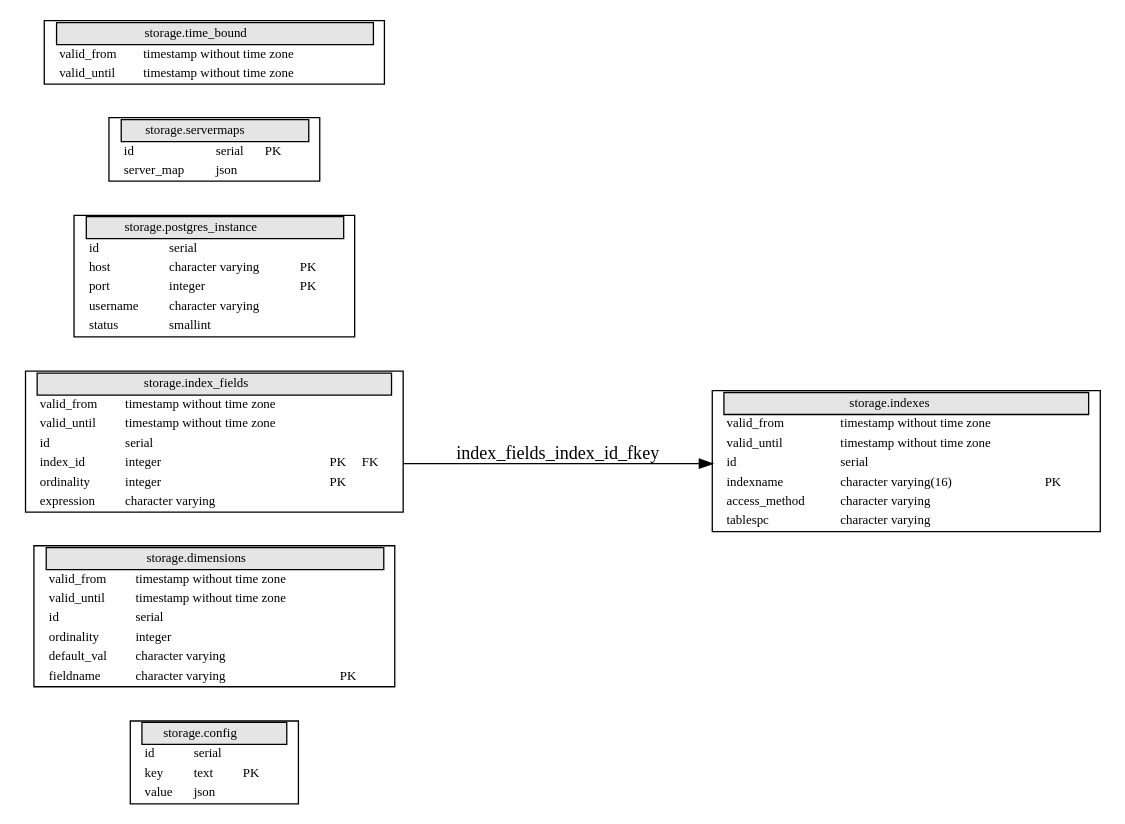
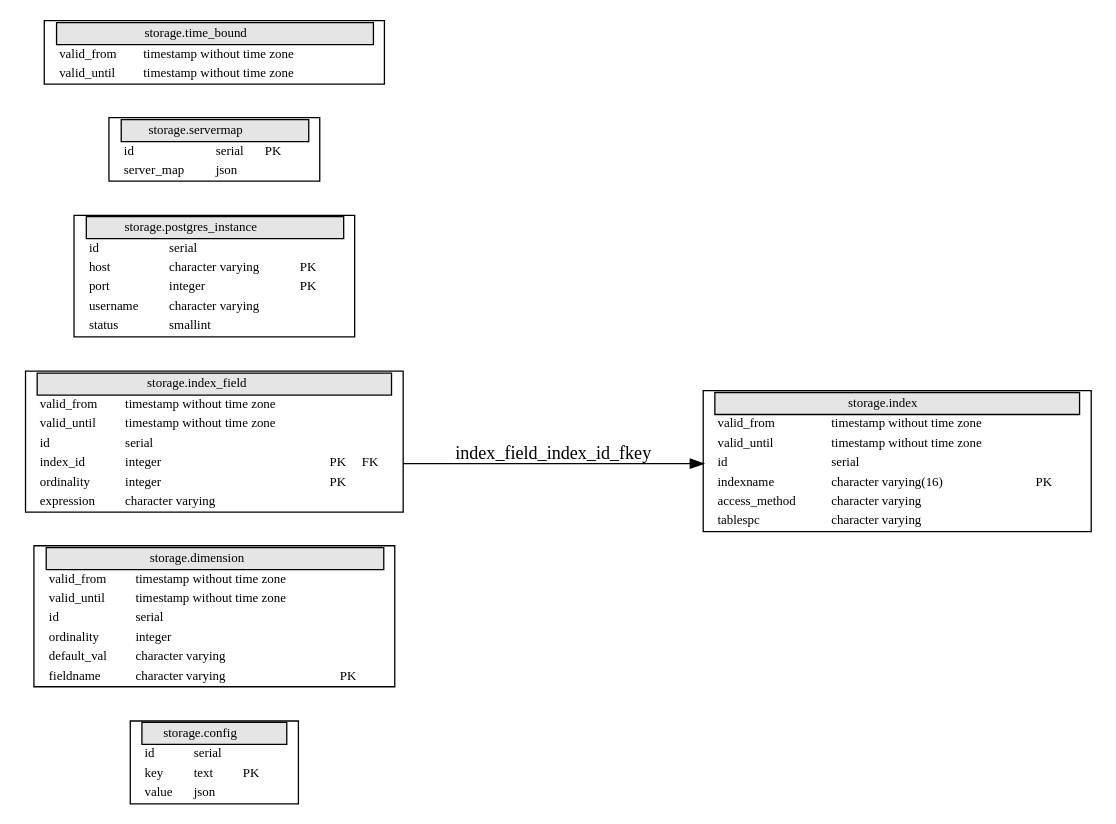
Before and after one commit to onemoredata/bagger: the diagram in docs/database/lenkwerk.dot, drawn with Graphviz. The commit also changed 6 other files, not shown here.

```diff
--- a/docs/database/lenkwerk.dot
+++ b/docs/database/lenkwerk.dot
@@ -1,31 +1,31 @@
 digraph g {
 graph [
 rankdir = "LR",
 concentrate = true,
 ratio = auto
 ];
 node [
 fontsize = "10",
 shape = record
 ];
 edge [
 ];
 
 "storage.config" [shape = plaintext, label = < <TABLE BORDER="1" CELLBORDER="0" CELLSPACING="0"> <TR ><TD PORT="ltcol0"> </TD> <TD bgcolor="grey90" border="1" COLSPAN="4"> \N </TD> <TD PORT="rtcol0"></TD></TR>  <TR><TD PORT="ltcol1" ></TD><TD align="left" > id </TD><TD align="left" > serial </TD><TD align="left" >  </TD><TD align="left" >  </TD><TD align="left" PORT="rtcol1"> </TD></TR> <TR><TD PORT="ltcol2" ></TD><TD align="left" > key </TD><TD align="left" > text </TD><TD align="left" > PK </TD><TD align="left" >  </TD><TD align="left" PORT="rtcol2"> </TD></TR> <TR><TD PORT="ltcol3" ></TD><TD align="left" > value </TD><TD align="left" > json </TD><TD align="left" >  </TD><TD align="left" >  </TD><TD align="left" PORT="rtcol3"> </TD></TR> </TABLE>> ];
 
-"storage.dimensions" [shape = plaintext, label = < <TABLE BORDER="1" CELLBORDER="0" CELLSPACING="0"> <TR ><TD PORT="ltcol0"> </TD> <TD bgcolor="grey90" border="1" COLSPAN="4"> \N </TD> <TD PORT="rtcol0"></TD></TR>  <TR><TD PORT="ltcol1" ></TD><TD align="left" > valid_from </TD><TD align="left" > timestamp without time zone </TD><TD align="left" >  </TD><TD align="left" >  </TD><TD align="left" PORT="rtcol1"> </TD></TR> <TR><TD PORT="ltcol2" ></TD><TD align="left" > valid_until </TD><TD align="left" > timestamp without time zone </TD><TD align="left" >  </TD><TD align="left" >  </TD><TD align="left" PORT="rtcol2"> </TD></TR> <TR><TD PORT="ltcol3" ></TD><TD align="left" > id </TD><TD align="left" > serial </TD><TD align="left" >  </TD><TD align="left" >  </TD><TD align="left" PORT="rtcol3"> </TD></TR> <TR><TD PORT="ltcol4" ></TD><TD align="left" > ordinality </TD><TD align="left" > integer </TD><TD align="left" >  </TD><TD align="left" >  </TD><TD align="left" PORT="rtcol4"> </TD></TR> <TR><TD PORT="ltcol5" ></TD><TD align="left" > default_val </TD><TD align="left" > character varying </TD><TD align="left" >  </TD><TD align="left" >  </TD><TD align="left" PORT="rtcol5"> </TD></TR> <TR><TD PORT="ltcol6" ></TD><TD align="left" > fieldname </TD><TD align="left" > character varying </TD><TD align="left" > PK </TD><TD align="left" >  </TD><TD align="left" PORT="rtcol6"> </TD></TR> </TABLE>> ];
+"storage.dimension" [shape = plaintext, label = < <TABLE BORDER="1" CELLBORDER="0" CELLSPACING="0"> <TR ><TD PORT="ltcol0"> </TD> <TD bgcolor="grey90" border="1" COLSPAN="4"> \N </TD> <TD PORT="rtcol0"></TD></TR>  <TR><TD PORT="ltcol1" ></TD><TD align="left" > valid_from </TD><TD align="left" > timestamp without time zone </TD><TD align="left" >  </TD><TD align="left" >  </TD><TD align="left" PORT="rtcol1"> </TD></TR> <TR><TD PORT="ltcol2" ></TD><TD align="left" > valid_until </TD><TD align="left" > timestamp without time zone </TD><TD align="left" >  </TD><TD align="left" >  </TD><TD align="left" PORT="rtcol2"> </TD></TR> <TR><TD PORT="ltcol3" ></TD><TD align="left" > id </TD><TD align="left" > serial </TD><TD align="left" >  </TD><TD align="left" >  </TD><TD align="left" PORT="rtcol3"> </TD></TR> <TR><TD PORT="ltcol4" ></TD><TD align="left" > ordinality </TD><TD align="left" > integer </TD><TD align="left" >  </TD><TD align="left" >  </TD><TD align="left" PORT="rtcol4"> </TD></TR> <TR><TD PORT="ltcol5" ></TD><TD align="left" > default_val </TD><TD align="left" > character varying </TD><TD align="left" >  </TD><TD align="left" >  </TD><TD align="left" PORT="rtcol5"> </TD></TR> <TR><TD PORT="ltcol6" ></TD><TD align="left" > fieldname </TD><TD align="left" > character varying </TD><TD align="left" > PK </TD><TD align="left" >  </TD><TD align="left" PORT="rtcol6"> </TD></TR> </TABLE>> ];
 
-"storage.index_fields" [shape = plaintext, label = < <TABLE BORDER="1" CELLBORDER="0" CELLSPACING="0"> <TR ><TD PORT="ltcol0"> </TD> <TD bgcolor="grey90" border="1" COLSPAN="4"> \N </TD> <TD PORT="rtcol0"></TD></TR>  <TR><TD PORT="ltcol1" ></TD><TD align="left" > valid_from </TD><TD align="left" > timestamp without time zone </TD><TD align="left" >  </TD><TD align="left" >  </TD><TD align="left" PORT="rtcol1"> </TD></TR> <TR><TD PORT="ltcol2" ></TD><TD align="left" > valid_until </TD><TD align="left" > timestamp without time zone </TD><TD align="left" >  </TD><TD align="left" >  </TD><TD align="left" PORT="rtcol2"> </TD></TR> <TR><TD PORT="ltcol3" ></TD><TD align="left" > id </TD><TD align="left" > serial </TD><TD align="left" >  </TD><TD align="left" >  </TD><TD align="left" PORT="rtcol3"> </TD></TR> <TR><TD PORT="ltcol4" ></TD><TD align="left" > index_id </TD><TD align="left" > integer </TD><TD align="left" > PK </TD><TD align="left" > FK </TD><TD align="left" PORT="rtcol4"> </TD></TR> <TR><TD PORT="ltcol5" ></TD><TD align="left" > ordinality </TD><TD align="left" > integer </TD><TD align="left" > PK </TD><TD align="left" >  </TD><TD align="left" PORT="rtcol5"> </TD></TR> <TR><TD PORT="ltcol6" ></TD><TD align="left" > expression </TD><TD align="left" > character varying </TD><TD align="left" >  </TD><TD align="left" >  </TD><TD align="left" PORT="rtcol6"> </TD></TR> </TABLE>> ];
+"storage.index" [shape = plaintext, label = < <TABLE BORDER="1" CELLBORDER="0" CELLSPACING="0"> <TR ><TD PORT="ltcol0"> </TD> <TD bgcolor="grey90" border="1" COLSPAN="4"> \N </TD> <TD PORT="rtcol0"></TD></TR>  <TR><TD PORT="ltcol1" ></TD><TD align="left" > valid_from </TD><TD align="left" > timestamp without time zone </TD><TD align="left" >  </TD><TD align="left" >  </TD><TD align="left" PORT="rtcol1"> </TD></TR> <TR><TD PORT="ltcol2" ></TD><TD align="left" > valid_until </TD><TD align="left" > timestamp without time zone </TD><TD align="left" >  </TD><TD align="left" >  </TD><TD align="left" PORT="rtcol2"> </TD></TR> <TR><TD PORT="ltcol3" ></TD><TD align="left" > id </TD><TD align="left" > serial </TD><TD align="left" >  </TD><TD align="left" >  </TD><TD align="left" PORT="rtcol3"> </TD></TR> <TR><TD PORT="ltcol4" ></TD><TD align="left" > indexname </TD><TD align="left" > character varying(16) </TD><TD align="left" > PK </TD><TD align="left" >  </TD><TD align="left" PORT="rtcol4"> </TD></TR> <TR><TD PORT="ltcol5" ></TD><TD align="left" > access_method </TD><TD align="left" > character varying </TD><TD align="left" >  </TD><TD align="left" >  </TD><TD align="left" PORT="rtcol5"> </TD></TR> <TR><TD PORT="ltcol6" ></TD><TD align="left" > tablespc </TD><TD align="left" > character varying </TD><TD align="left" >  </TD><TD align="left" >  </TD><TD align="left" PORT="rtcol6"> </TD></TR> </TABLE>> ];
 
-"storage.indexes" [shape = plaintext, label = < <TABLE BORDER="1" CELLBORDER="0" CELLSPACING="0"> <TR ><TD PORT="ltcol0"> </TD> <TD bgcolor="grey90" border="1" COLSPAN="4"> \N </TD> <TD PORT="rtcol0"></TD></TR>  <TR><TD PORT="ltcol1" ></TD><TD align="left" > valid_from </TD><TD align="left" > timestamp without time zone </TD><TD align="left" >  </TD><TD align="left" >  </TD><TD align="left" PORT="rtcol1"> </TD></TR> <TR><TD PORT="ltcol2" ></TD><TD align="left" > valid_until </TD><TD align="left" > timestamp without time zone </TD><TD align="left" >  </TD><TD align="left" >  </TD><TD align="left" PORT="rtcol2"> </TD></TR> <TR><TD PORT="ltcol3" ></TD><TD align="left" > id </TD><TD align="left" > serial </TD><TD align="left" >  </TD><TD align="left" >  </TD><TD align="left" PORT="rtcol3"> </TD></TR> <TR><TD PORT="ltcol4" ></TD><TD align="left" > indexname </TD><TD align="left" > character varying(16) </TD><TD align="left" > PK </TD><TD align="left" >  </TD><TD align="left" PORT="rtcol4"> </TD></TR> <TR><TD PORT="ltcol5" ></TD><TD align="left" > access_method </TD><TD align="left" > character varying </TD><TD align="left" >  </TD><TD align="left" >  </TD><TD align="left" PORT="rtcol5"> </TD></TR> <TR><TD PORT="ltcol6" ></TD><TD align="left" > tablespc </TD><TD align="left" > character varying </TD><TD align="left" >  </TD><TD align="left" >  </TD><TD align="left" PORT="rtcol6"> </TD></TR> </TABLE>> ];
+"storage.index_field" [shape = plaintext, label = < <TABLE BORDER="1" CELLBORDER="0" CELLSPACING="0"> <TR ><TD PORT="ltcol0"> </TD> <TD bgcolor="grey90" border="1" COLSPAN="4"> \N </TD> <TD PORT="rtcol0"></TD></TR>  <TR><TD PORT="ltcol1" ></TD><TD align="left" > valid_from </TD><TD align="left" > timestamp without time zone </TD><TD align="left" >  </TD><TD align="left" >  </TD><TD align="left" PORT="rtcol1"> </TD></TR> <TR><TD PORT="ltcol2" ></TD><TD align="left" > valid_until </TD><TD align="left" > timestamp without time zone </TD><TD align="left" >  </TD><TD align="left" >  </TD><TD align="left" PORT="rtcol2"> </TD></TR> <TR><TD PORT="ltcol3" ></TD><TD align="left" > id </TD><TD align="left" > serial </TD><TD align="left" >  </TD><TD align="left" >  </TD><TD align="left" PORT="rtcol3"> </TD></TR> <TR><TD PORT="ltcol4" ></TD><TD align="left" > index_id </TD><TD align="left" > integer </TD><TD align="left" > PK </TD><TD align="left" > FK </TD><TD align="left" PORT="rtcol4"> </TD></TR> <TR><TD PORT="ltcol5" ></TD><TD align="left" > ordinality </TD><TD align="left" > integer </TD><TD align="left" > PK </TD><TD align="left" >  </TD><TD align="left" PORT="rtcol5"> </TD></TR> <TR><TD PORT="ltcol6" ></TD><TD align="left" > expression </TD><TD align="left" > character varying </TD><TD align="left" >  </TD><TD align="left" >  </TD><TD align="left" PORT="rtcol6"> </TD></TR> </TABLE>> ];
 
 "storage.postgres_instance" [shape = plaintext, label = < <TABLE BORDER="1" CELLBORDER="0" CELLSPACING="0"> <TR ><TD PORT="ltcol0"> </TD> <TD bgcolor="grey90" border="1" COLSPAN="4"> \N </TD> <TD PORT="rtcol0"></TD></TR>  <TR><TD PORT="ltcol1" ></TD><TD align="left" > id </TD><TD align="left" > serial </TD><TD align="left" >  </TD><TD align="left" >  </TD><TD align="left" PORT="rtcol1"> </TD></TR> <TR><TD PORT="ltcol2" ></TD><TD align="left" > host </TD><TD align="left" > character varying </TD><TD align="left" > PK </TD><TD align="left" >  </TD><TD align="left" PORT="rtcol2"> </TD></TR> <TR><TD PORT="ltcol3" ></TD><TD align="left" > port </TD><TD align="left" > integer </TD><TD align="left" > PK </TD><TD align="left" >  </TD><TD align="left" PORT="rtcol3"> </TD></TR> <TR><TD PORT="ltcol4" ></TD><TD align="left" > username </TD><TD align="left" > character varying </TD><TD align="left" >  </TD><TD align="left" >  </TD><TD align="left" PORT="rtcol4"> </TD></TR> <TR><TD PORT="ltcol5" ></TD><TD align="left" > status </TD><TD align="left" > smallint </TD><TD align="left" >  </TD><TD align="left" >  </TD><TD align="left" PORT="rtcol5"> </TD></TR> </TABLE>> ];
 
-"storage.servermaps" [shape = plaintext, label = < <TABLE BORDER="1" CELLBORDER="0" CELLSPACING="0"> <TR ><TD PORT="ltcol0"> </TD> <TD bgcolor="grey90" border="1" COLSPAN="4"> \N </TD> <TD PORT="rtcol0"></TD></TR>  <TR><TD PORT="ltcol1" ></TD><TD align="left" > id </TD><TD align="left" > serial </TD><TD align="left" > PK </TD><TD align="left" >  </TD><TD align="left" PORT="rtcol1"> </TD></TR> <TR><TD PORT="ltcol2" ></TD><TD align="left" > server_map </TD><TD align="left" > json </TD><TD align="left" >  </TD><TD align="left" >  </TD><TD align="left" PORT="rtcol2"> </TD></TR> </TABLE>> ];
+"storage.servermap" [shape = plaintext, label = < <TABLE BORDER="1" CELLBORDER="0" CELLSPACING="0"> <TR ><TD PORT="ltcol0"> </TD> <TD bgcolor="grey90" border="1" COLSPAN="4"> \N </TD> <TD PORT="rtcol0"></TD></TR>  <TR><TD PORT="ltcol1" ></TD><TD align="left" > id </TD><TD align="left" > serial </TD><TD align="left" > PK </TD><TD align="left" >  </TD><TD align="left" PORT="rtcol1"> </TD></TR> <TR><TD PORT="ltcol2" ></TD><TD align="left" > server_map </TD><TD align="left" > json </TD><TD align="left" >  </TD><TD align="left" >  </TD><TD align="left" PORT="rtcol2"> </TD></TR> </TABLE>> ];
 
 "storage.time_bound" [shape = plaintext, label = < <TABLE BORDER="1" CELLBORDER="0" CELLSPACING="0"> <TR ><TD PORT="ltcol0"> </TD> <TD bgcolor="grey90" border="1" COLSPAN="4"> \N </TD> <TD PORT="rtcol0"></TD></TR>  <TR><TD PORT="ltcol1" ></TD><TD align="left" > valid_from </TD><TD align="left" > timestamp without time zone </TD><TD align="left" >  </TD><TD align="left" >  </TD><TD align="left" PORT="rtcol1"> </TD></TR> <TR><TD PORT="ltcol2" ></TD><TD align="left" > valid_until </TD><TD align="left" > timestamp without time zone </TD><TD align="left" >  </TD><TD align="left" >  </TD><TD align="left" PORT="rtcol2"> </TD></TR> </TABLE>> ];
 
 
 
-"storage.index_fields":rtcol4 -> "storage.indexes":ltcol3 [label="index_fields_index_id_fkey"];
+"storage.index_field":rtcol4 -> "storage.index":ltcol3 [label="index_field_index_id_fkey"];
 }
```
